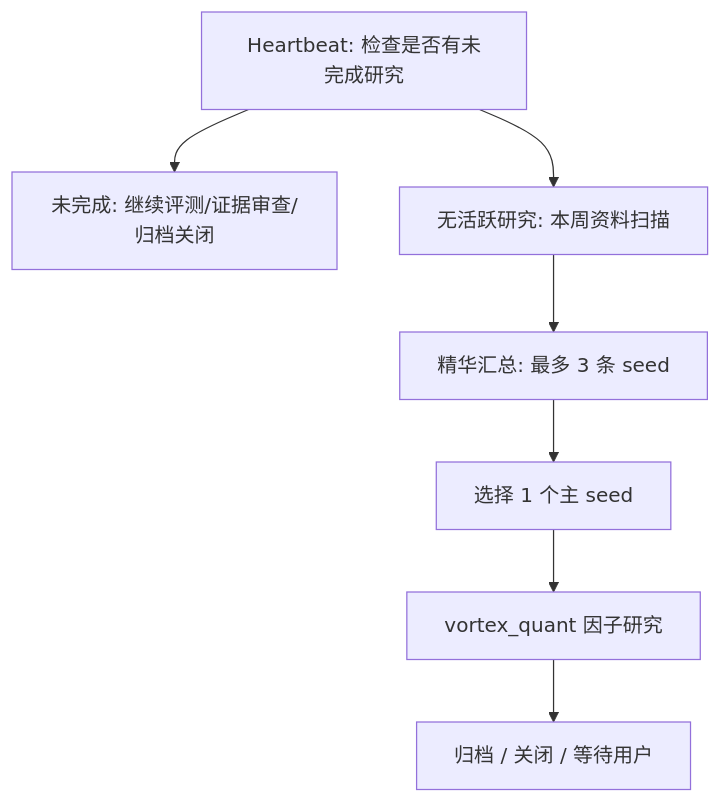
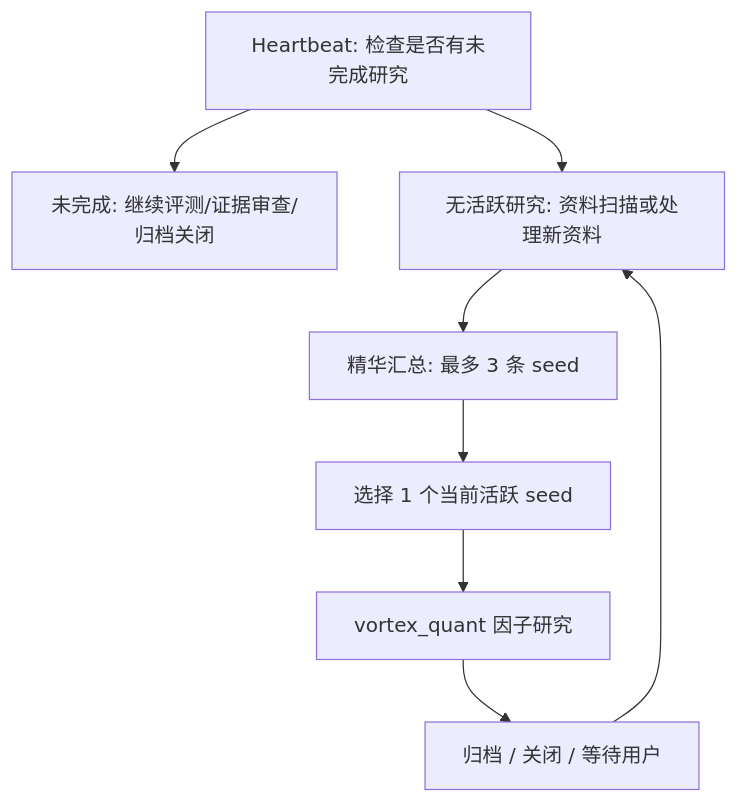
Before and after one commit to zyukyunman/vortex_docs: the diagram in knowledge/ai-models/Codex自动化落地方案.md, drawn with Mermaid. The commit also changed other lines of this file and 33 other files, not shown here.

````diff
--- a/knowledge/ai-models/Codex自动化落地方案.md
+++ b/knowledge/ai-models/Codex自动化落地方案.md
@@ -123,9 +123,10 @@
 ```mermaid
 flowchart TD
   A["Heartbeat: 检查是否有未完成研究"] --> B["未完成: 继续评测/证据审查/归档关闭"]
-  A --> C["无活跃研究: 本周资料扫描"]
+  A --> C["无活跃研究: 资料扫描或处理新资料"]
   C --> D["精华汇总: 最多 3 条 seed"]
-  D --> E["选择 1 个主 seed"]
+  D --> E["选择 1 个当前活跃 seed"]
   E --> F["vortex_quant 因子研究"]
   F --> G["归档 / 关闭 / 等待用户"]
+  G --> C
 ```
````
